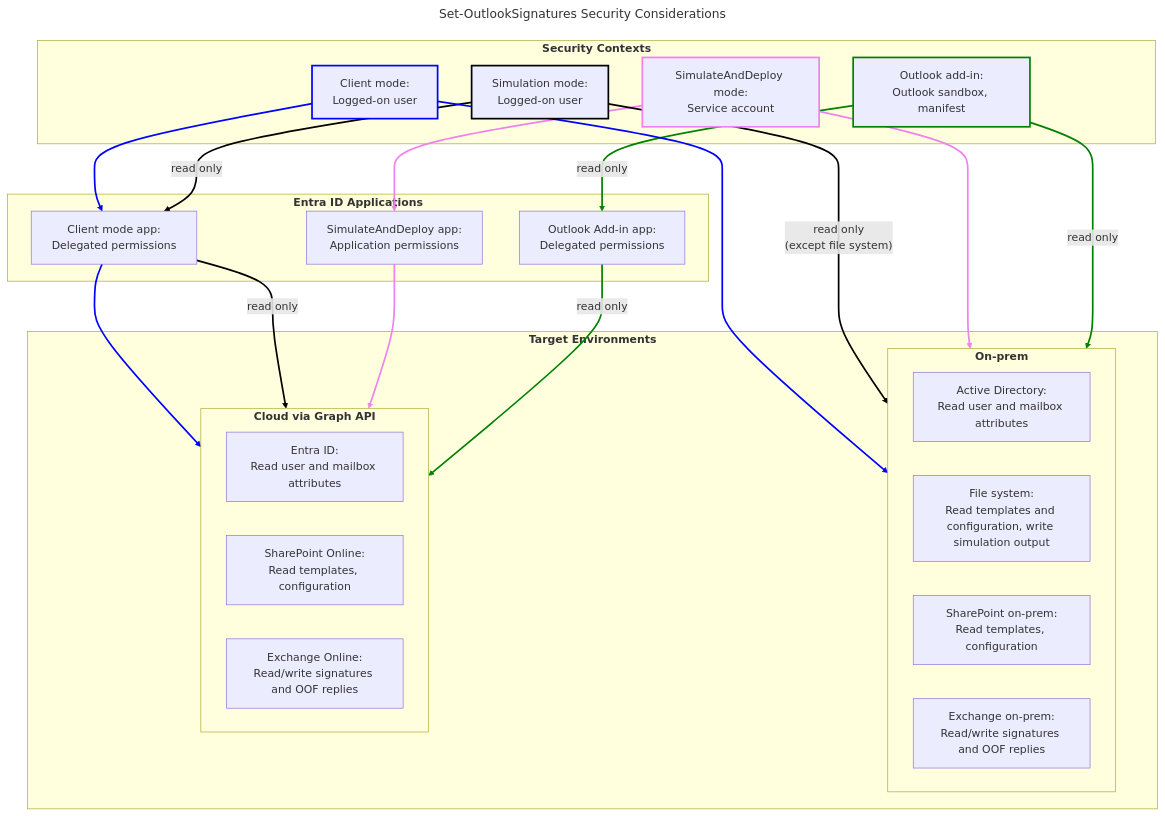
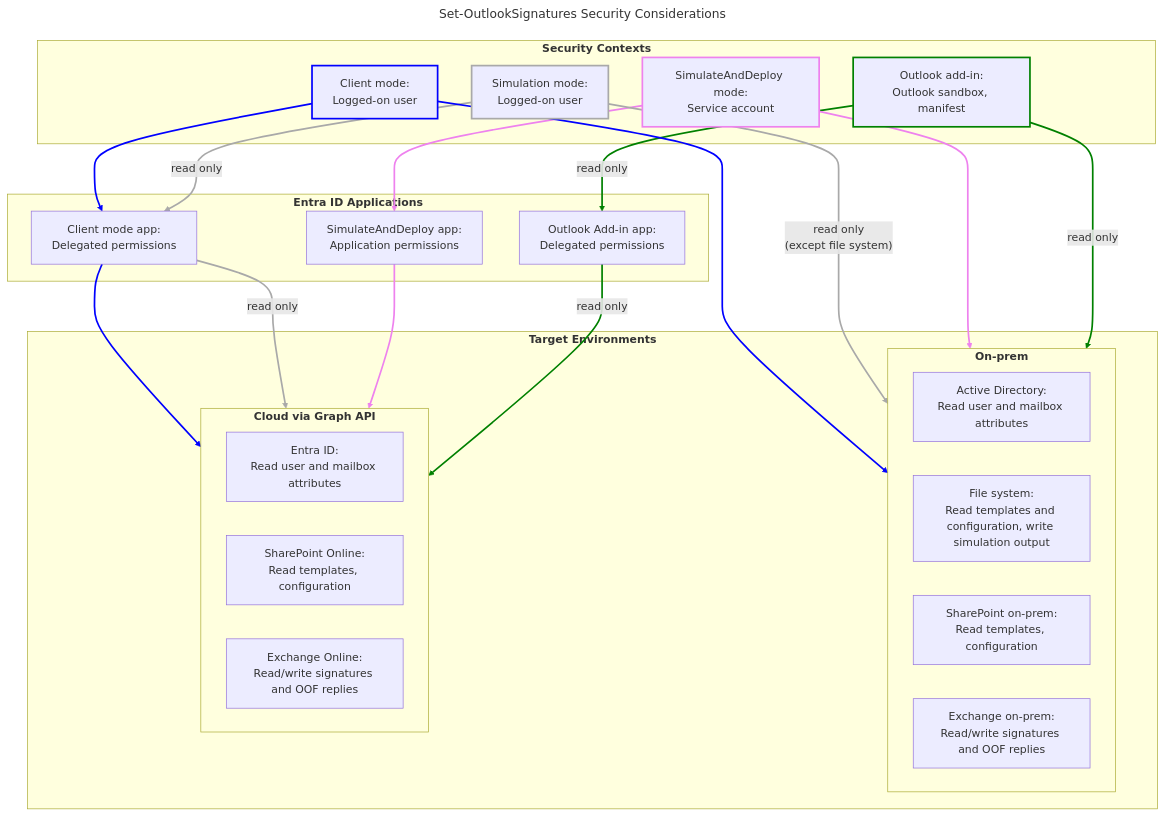
The second of 2 diagrams in details.en.md (ExplicITConsulting/set-outlooksignatures.com), drawn with Mermaid before and after one commit.

Commit message:
docs(details): Change SimulateCtx color to darkgrey and update link styles

````diff
--- a/details.en.md
+++ b/details.en.md
@@ -360,58 +360,58 @@
 ```mermaid
 ---
 title: Set-OutlookSignatures Security Considerations
 ---
 flowchart TB
   subgraph Contexts ["<b>Security Contexts</b>"]
     UserCtx["Client mode:<br>Logged-on user"]
     SimulateCtx["Simulation mode:<br>Logged-on user"]
     SvcCtx["SimulateAndDeploy mode:<br>Service account"]
     AddInCtx["Outlook add-in:<br>Outlook sandbox, manifest"]
   end
 
   subgraph EntraApps ["<b>Entra ID Applications</b>"]
     ClientApp["Client mode app:<br>Delegated permissions"]
     DeployApp["SimulateAndDeploy app:<br>Application permissions"]
     AddInApp["Outlook Add-in app:<br>Delegated permissions"]
   end
 
   subgraph Targets ["<b>Target Environments</b>"]
     subgraph onprem ["<b>On-prem</b>"]
       ActiveDirectory["Active Directory:<br>Read user and mailbox attributes"]
       File["File system:<br>Read templates and configuration, write simulation output"]
       SharePointOnprem["SharePoint on-prem:<br>Read templates, configuration"]
       ExchangeOnprem["Exchange on-prem:<br>Read/write signatures and OOF replies"]
     end
 
     subgraph cloud ["<b>Cloud via Graph API</b>"]
       EntraID["Entra ID:<br>Read user and mailbox attributes"]
       SharePointOnline["SharePoint Online:<br>Read templates, configuration"]
       ExchangeOnline["Exchange Online:<br>Read/write signatures and OOF replies"]
     end
   end
 
   UserCtx --> onprem
   UserCtx --> ClientApp
   ClientApp --> cloud
 
   SimulateCtx --> |"read only<br>(except file system)"| onprem
   SimulateCtx --> |"read only"| ClientApp --> |"read only"| cloud
 
   SvcCtx --> onprem
   SvcCtx --> DeployApp
   DeployApp --> cloud
 
   AddInCtx --> |"read only"| AddInApp
   AddInCtx --> |"read only"| onprem
   AddInApp --> |"read only"| cloud
   
   style UserCtx stroke:blue,stroke-width:2.5px
-  style SimulateCtx stroke:black,stroke-width:2.5px
+  style SimulateCtx stroke:darkgrey,stroke-width:2.5px
   style SvcCtx stroke:violet,stroke-width:2.5px
   style AddInCtx stroke:green,stroke-width:2.5px
 
-  linkStyle 0,1,2 stroke: blue, stroke-width: 2.5px
-  linkStyle 3,4,5 stroke: black, stroke-width: 2.5px
-  linkStyle 6,7,8 stroke: violet, stroke-width: 2.5px
-  linkStyle 9,10,11 stroke: green, stroke-width: 2.5px
+  linkStyle 0,1,2 stroke:blue, stroke-width:2.5px
+  linkStyle 3,4,5 stroke:darkgrey, stroke-width:2.5px
+  linkStyle 6,7,8 stroke:violet, stroke-width:2.5px
+  linkStyle 9,10,11 stroke:green, stroke-width:2.5px
 ```
````
